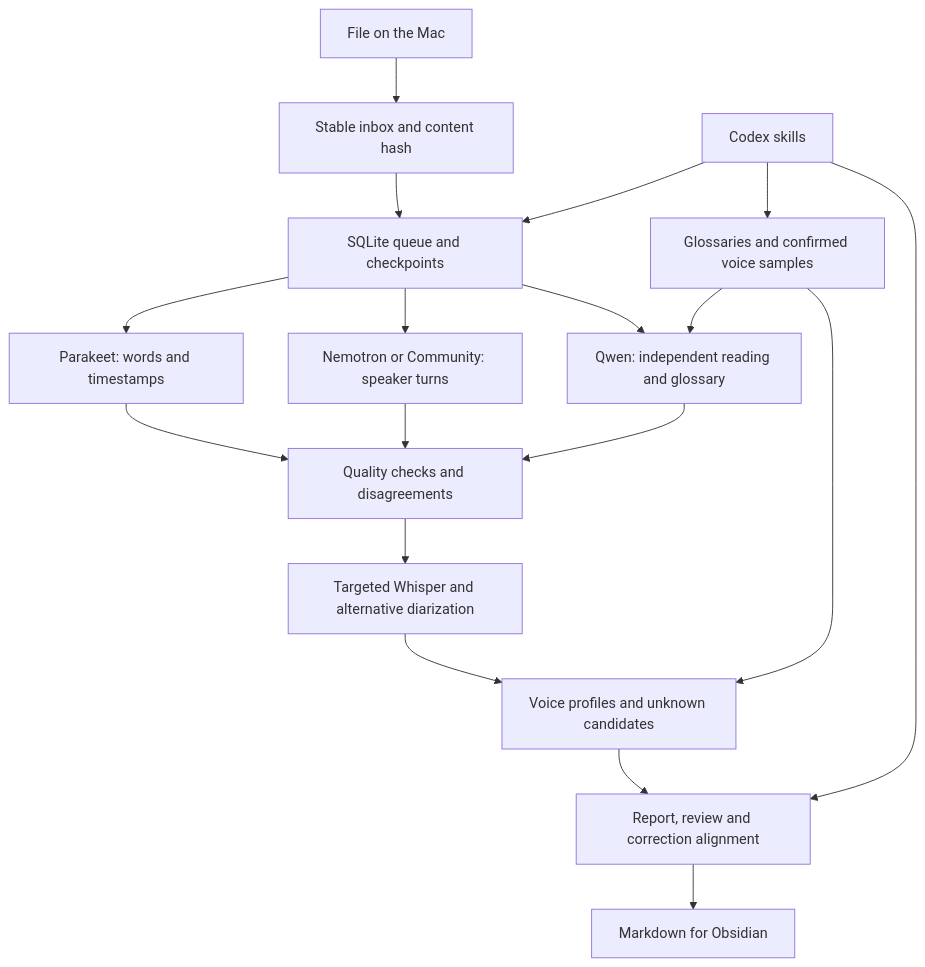
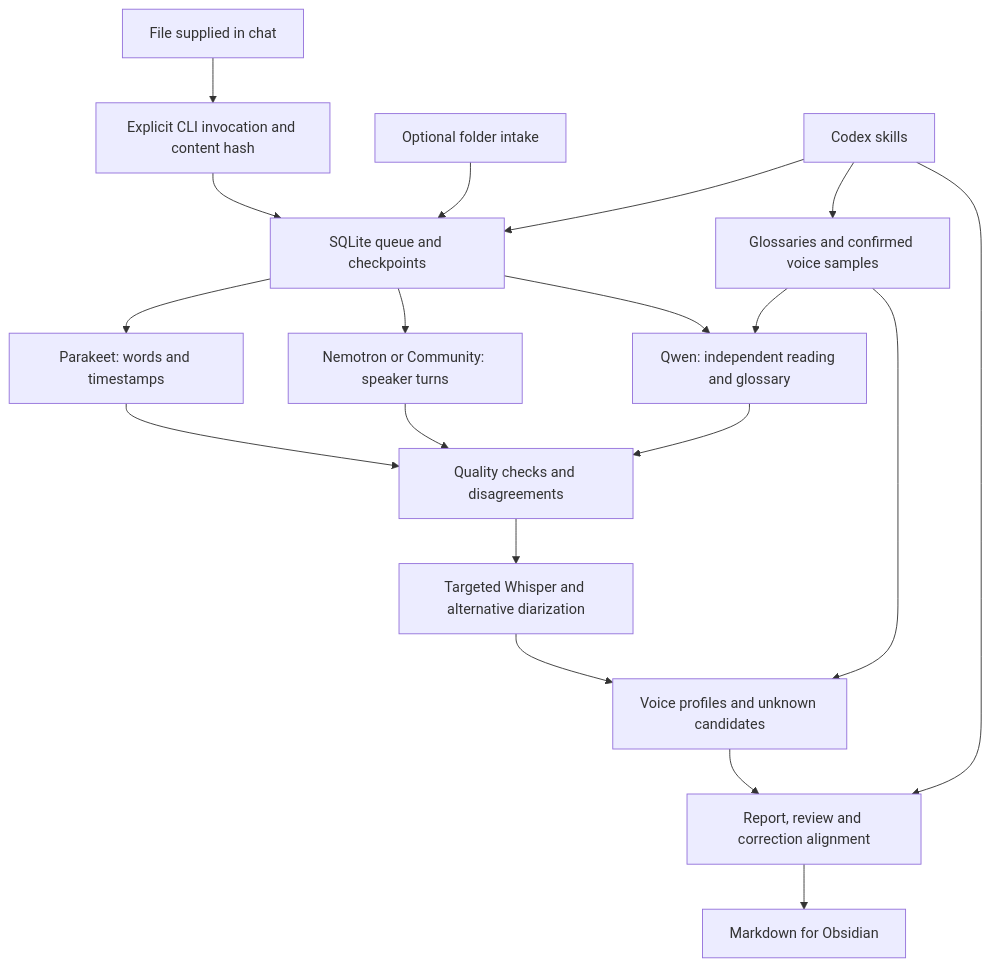
Before and after one commit to smutti/meeting-pipeline: the diagram in docs/ARCHITECTURE.md, drawn with Mermaid. The commit also changed other lines of this file and 8 other files, not shown here.

````diff
--- a/docs/ARCHITECTURE.md
+++ b/docs/ARCHITECTURE.md
@@ -5,20 +5,21 @@
 ```mermaid
 flowchart TD
-  A[File on the Mac] --> B[Stable inbox and content hash]
+  A[File supplied in chat] --> B[Explicit CLI invocation and content hash]
   B --> C[SQLite queue and checkpoints]
+  O[Optional folder intake] --> C
   C --> D[Parakeet: words and timestamps]
   C --> E[Nemotron or Community: speaker turns]
   C --> F[Qwen: independent reading and glossary]
   D --> G[Quality checks and disagreements]
   E --> G
   F --> G
   G --> H[Targeted Whisper and alternative diarization]
   H --> I[Voice profiles and unknown candidates]
   I --> J[Report, review and correction alignment]
   J --> K[Markdown for Obsidian]
   L[Codex skills] --> C
   L --> J
   L --> M[Glossaries and confirmed voice samples]
   M --> F
   M --> I
 ```
````
